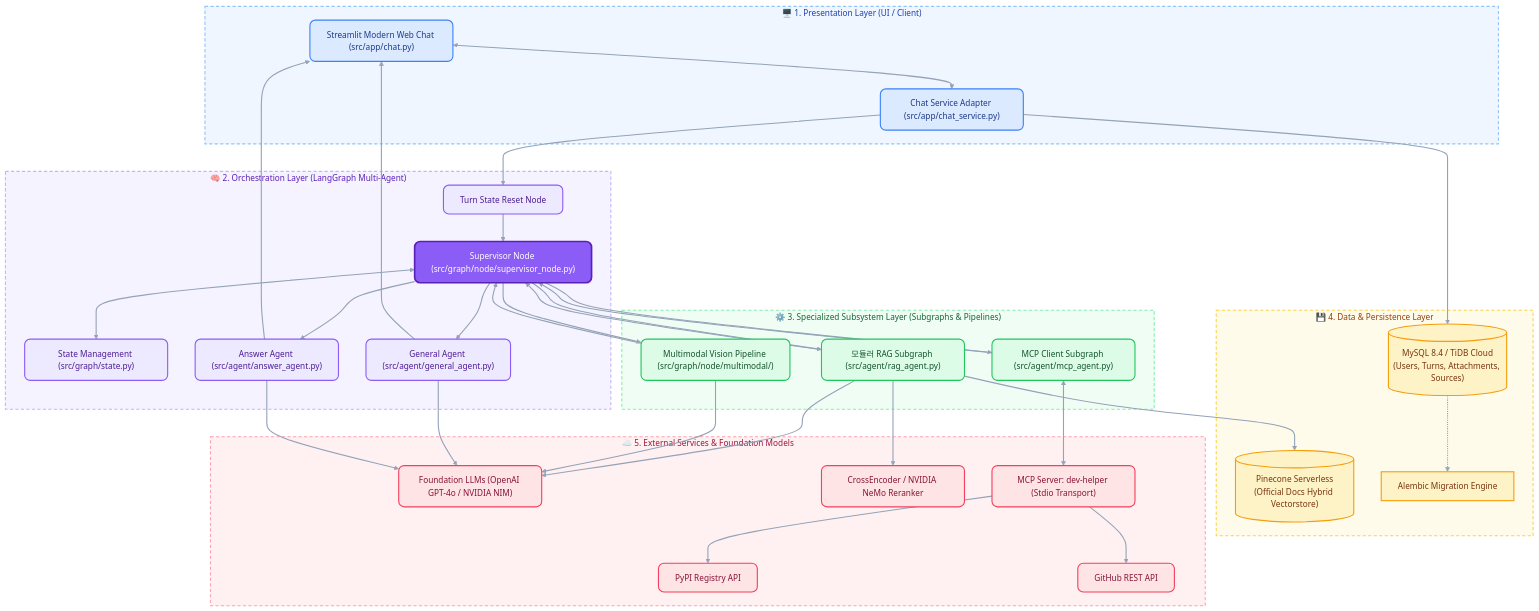
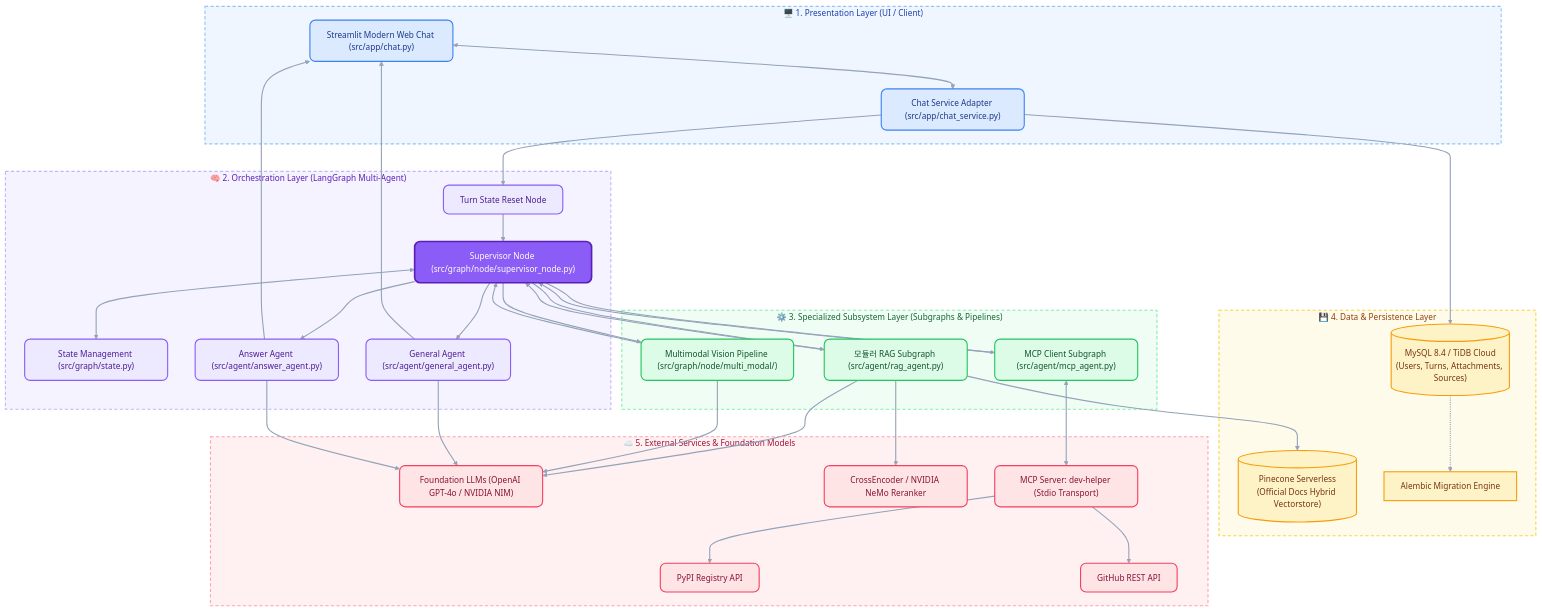
Before and after one commit to SKNETWORKS-FAMILY-AICAMP/SKN35-3rd-2Team: the first of 4 diagrams in 시스템 아키텍쳐.md, drawn with Mermaid. The commit also changed other lines of this file and 11 other files, not shown here.

First line of the commit message:
multimodal 이름을 multi_modal로 전부 통일 (route 이름, 프롬프트, 시험, 문서)

```diff
--- a/시스템 아키텍쳐.md
+++ b/시스템 아키텍쳐.md
@@ -46,7 +46,7 @@
     subgraph Layer3 ["⚙️ 3. Specialized Subsystem Layer (Subgraphs & Pipelines)"]
         RAG["모듈러 RAG Subgraph (src/agent/rag_agent.py)"]
         MCP["MCP Client Subgraph (src/agent/mcp_agent.py)"]
-        Vision["Multimodal Vision Pipeline (src/graph/node/multimodal/)"]
+        Vision["Multimodal Vision Pipeline (src/graph/node/multi_modal/)"]
     end
 
     subgraph Layer4 ["💾 4. Data & Persistence Layer"]
```
